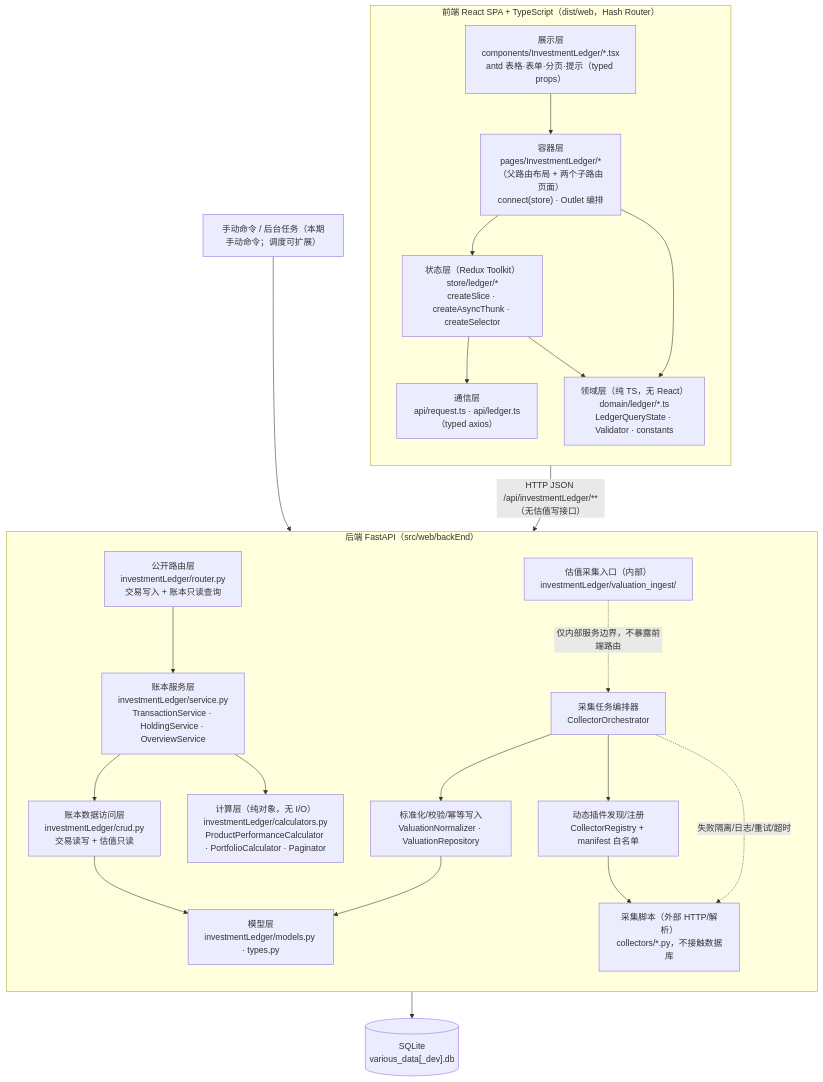
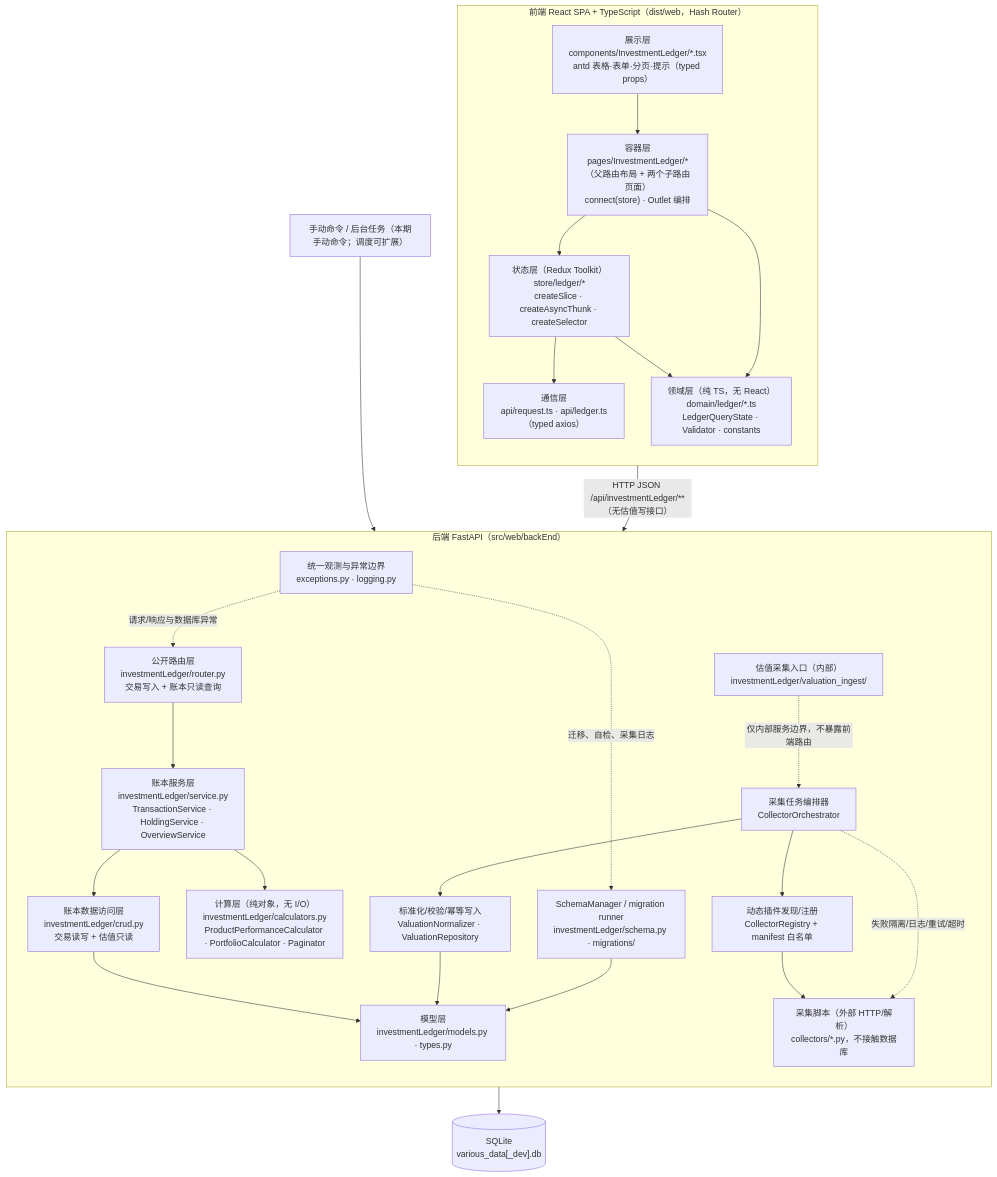
The first of 8 diagrams in .kiro/specs/investment-trade-ledger/design.md (kampfer/various-data), drawn with Mermaid before and after one commit. The commit also changed other lines of this file and 1 other file, not shown here.

````diff
--- a/.kiro/specs/investment-trade-ledger/design.md
+++ b/.kiro/specs/investment-trade-ledger/design.md
@@ -70,38 +72,43 @@
 ```mermaid
 flowchart TB
   subgraph FE["前端 React SPA + TypeScript（dist/web，Hash Router）"]
     direction TB
     FE1["展示层<br/>components/InvestmentLedger/*.tsx<br/>antd 表格·表单·分页·提示（typed props）"]
     FE2["容器层<br/>pages/InvestmentLedger/*（父路由布局 + 两个子路由页面）<br/>connect(store) · Outlet 编排"]
     FE3["状态层（Redux Toolkit）<br/>store/ledger/*<br/>createSlice · createAsyncThunk · createSelector"]
     FE4["领域层（纯 TS，无 React）<br/>domain/ledger/*.ts<br/>LedgerQueryState · Validator · constants"]
     FE5["通信层<br/>api/request.ts · api/ledger.ts（typed axios）"]
     FE1 --> FE2 --> FE3 --> FE5
     FE2 --> FE4
     FE3 --> FE4
   end
 
   subgraph BE["后端 FastAPI（src/web/backEnd）"]
     direction TB
     BE1["公开路由层<br/>investmentLedger/router.py<br/>交易写入 + 账本只读查询"]
     BE2["账本服务层<br/>investmentLedger/service.py<br/>TransactionService · HoldingService · OverviewService"]
     BE3["计算层（纯对象，无 I/O）<br/>investmentLedger/calculators.py<br/>ProductPerformanceCalculator · PortfolioCalculator · Paginator"]
     BE4["账本数据访问层<br/>investmentLedger/crud.py<br/>交易读写 + 估值只读"]
     BE5["估值采集入口（内部）<br/>investmentLedger/valuation_ingest/"]
     BE6["采集任务编排器<br/>CollectorOrchestrator"]
     BE7["动态插件发现/注册<br/>CollectorRegistry + manifest 白名单"]
     BE8["标准化/校验/幂等写入<br/>ValuationNormalizer · ValuationRepository"]
     BE9["采集脚本（外部 HTTP/解析）<br/>collectors/*.py，不接触数据库"]
     BE10["模型层<br/>investmentLedger/models.py · types.py"]
+    BE11["SchemaManager / migration runner<br/>investmentLedger/schema.py · migrations/"]
+    BE12["统一观测与异常边界<br/>exceptions.py · logging.py"]
     BE1 --> BE2 --> BE4 --> BE10
     BE2 --> BE3
     BE6 --> BE7 --> BE9
     BE6 --> BE8 --> BE10
     BE6 -."失败隔离/日志/重试/超时".-> BE9
+    BE11 --> BE10
+    BE12 -."请求/响应与数据库异常".-> BE1
+    BE12 -."迁移、自检、采集日志".-> BE11
   end
 
   FE5 -- "HTTP JSON /api/investmentLedger/**（无估值写接口）" --> BE1
   OPS["手动命令 / 后台任务（本期手动命令；调度可扩展）"] --> BE6
   BE5 -."仅内部服务边界，不暴露前端路由".-> BE6
   BE10 --> DB[("SQLite<br/>various_data[_dev].db")]
 ```
````
